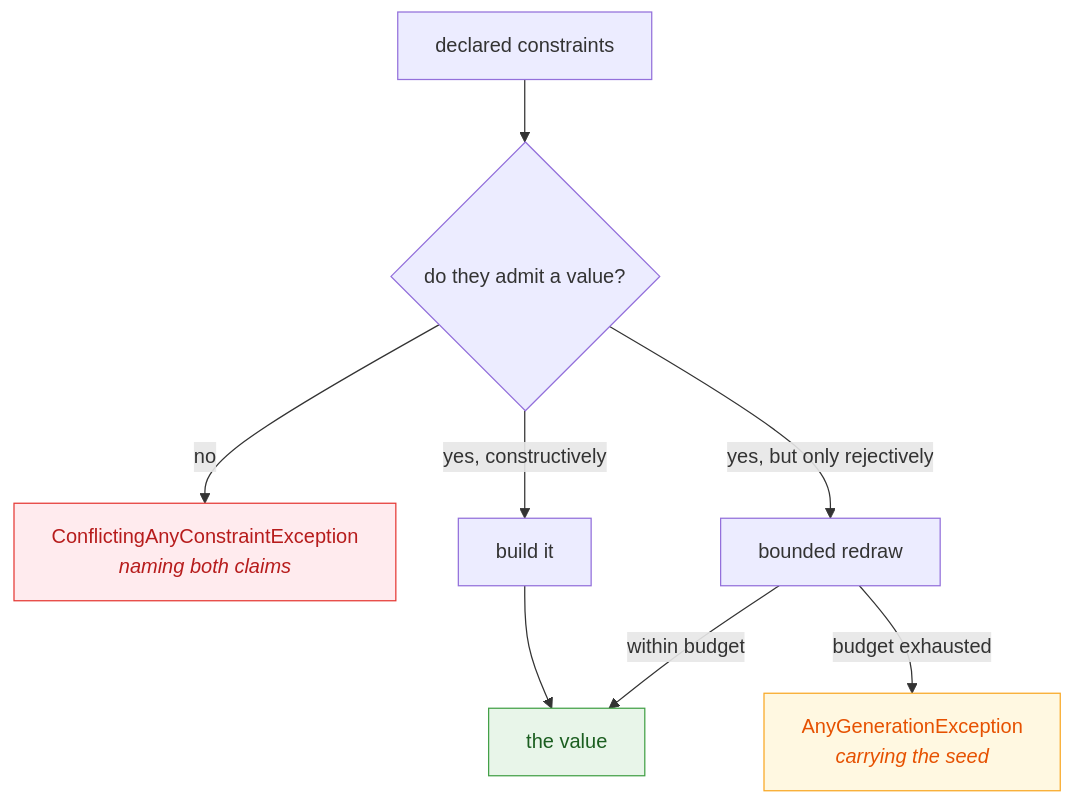
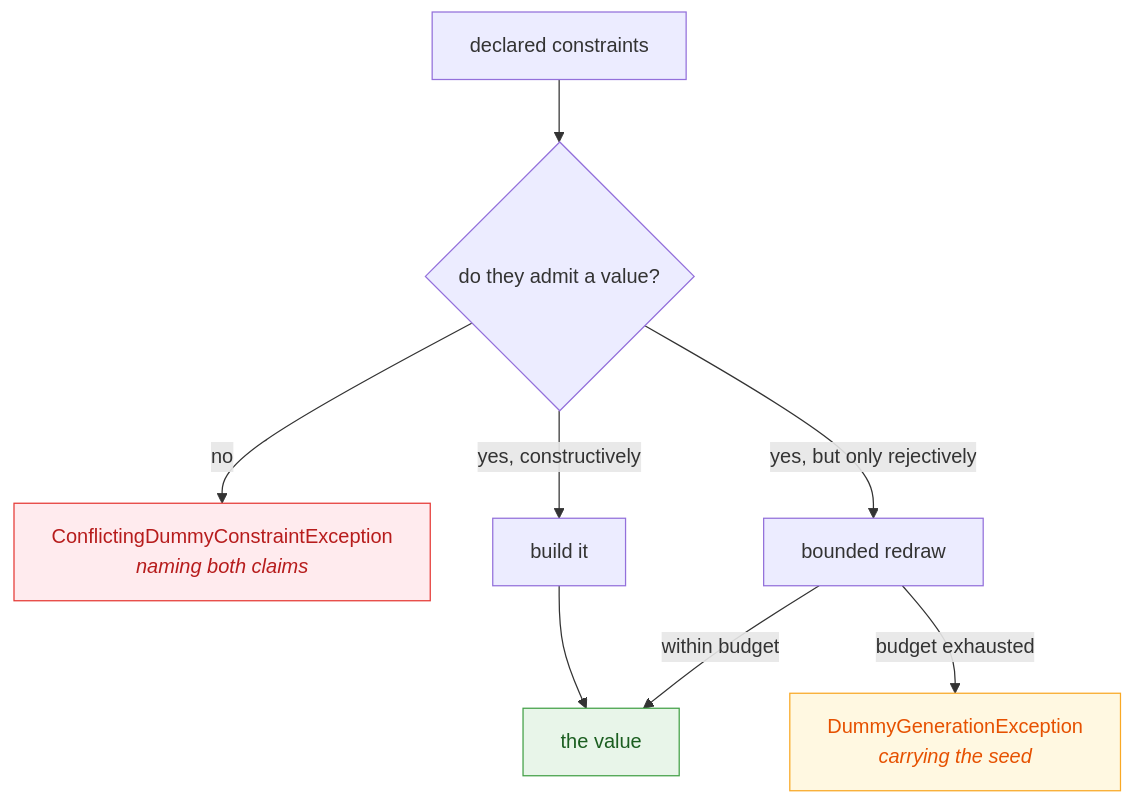
One commit to Reefact/just-dummies changed the second of 2 diagrams in doc/handwritten/for-maintainers/architecture.en.md. Above: the diagram before and after it, drawn with Mermaid. The commit also changed other lines of this file and 755 other files, not shown here.

````diff
--- a/doc/handwritten/for-maintainers/architecture.en.md
+++ b/doc/handwritten/for-maintainers/architecture.en.md
@@ -104,14 +104,14 @@
 ```mermaid
 flowchart TD
     accTitle: How a constraint becomes a value
-    accDescr: The declared constraints are asked whether they admit a value. No raises a ConflictingAnyConstraintException naming both claims. Yes constructively builds the value. Yes but only rejectively goes to a bounded redraw, which reaches the value within budget and raises an AnyGenerationException carrying the seed once the budget is exhausted.
+    accDescr: The declared constraints are asked whether they admit a value. No raises a ConflictingDummyConstraintException naming both claims. Yes constructively builds the value. Yes but only rejectively goes to a bounded redraw, which reaches the value within budget and raises an DummyGenerationException carrying the seed once the budget is exhausted.
     S["declared constraints"] --> Q{"do they admit a value?"}
-    Q -->|"no"| C["ConflictingAnyConstraintException<br/><i>naming both claims</i>"]
+    Q -->|"no"| C["ConflictingDummyConstraintException<br/><i>naming both claims</i>"]
     Q -->|"yes, constructively"| B["build it"] --> V["the value"]
     Q -->|"yes, but only rejectively"| R["bounded redraw"]
     R -->|"within budget"| V
-    R -->|"budget exhausted"| A["AnyGenerationException<br/><i>carrying the seed</i>"]
+    R -->|"budget exhausted"| A["DummyGenerationException<br/><i>carrying the seed</i>"]
     style V fill:#e8f5e9,stroke:#43a047,color:#1b5e20
     style C fill:#ffebee,stroke:#e53935,color:#b71c1c
     style A fill:#fff8e1,stroke:#f9a825,color:#e65100
 ```
````
